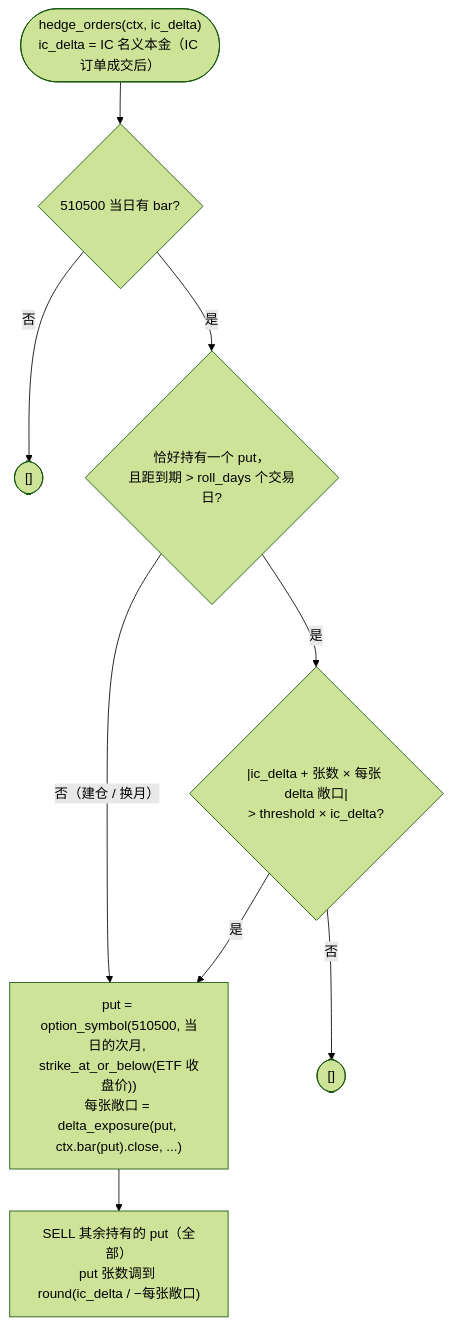
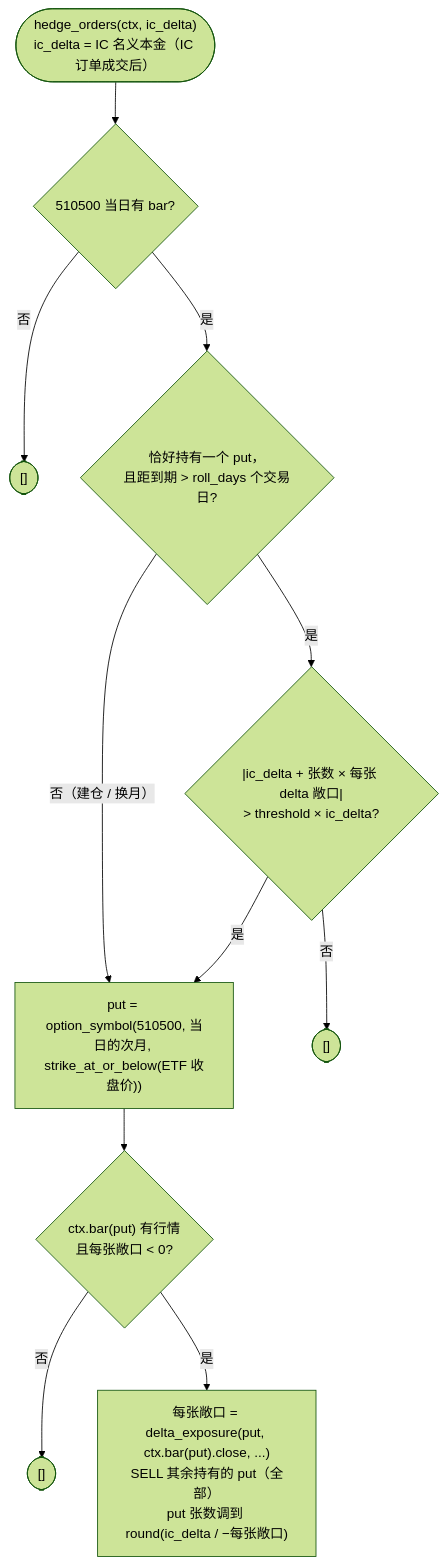
Before and after one commit to guevara12345/quant: diagram 23 of 27 in docs/code-walkthrough.md, drawn with Mermaid (forest theme). The commit also changed other lines of this file and 1 other file, not shown here.

````diff
--- a/docs/code-walkthrough.md
+++ b/docs/code-walkthrough.md
@@ -1015,11 +1020,13 @@
 ```mermaid
 flowchart TD
     In(["hedge_orders(ctx, ic_delta)<br/>ic_delta = IC 名义本金（IC 订单成交后）"]) --> E{"510500 当日有 bar?"}
     E -- 否 --> N0(["[]"])
     E -- 是 --> Held{"恰好持有一个 put，<br/>且距到期 > roll_days 个交易日?"}
     Held -- "否（建仓 / 换月）" --> K
     Held -- 是 --> Th{"|ic_delta + 张数 × 每张 delta 敞口|<br/>> threshold × ic_delta?"}
     Th -- 否 --> N1(["[]"])
-    Th -- 是 --> K["put = option_symbol(510500, 当日的次月, strike_at_or_below(ETF 收盘价))<br/>每张敞口 = delta_exposure(put, ctx.bar(put).close, ...)"]
-    K --> Q["SELL 其余持有的 put（全部）<br/>put 张数调到 round(ic_delta / −每张敞口)"]
+    Th -- 是 --> K["put = option_symbol(510500, 当日的次月, strike_at_or_below(ETF 收盘价))"]
+    K --> PQ{"ctx.bar(put) 有行情<br/>且每张敞口 < 0?"}
+    PQ -- 否 --> N2(["[]"])
+    PQ -- 是 --> Q["每张敞口 = delta_exposure(put, ctx.bar(put).close, ...)<br/>SELL 其余持有的 put（全部）<br/>put 张数调到 round(ic_delta / −每张敞口)"]
 ```
````
